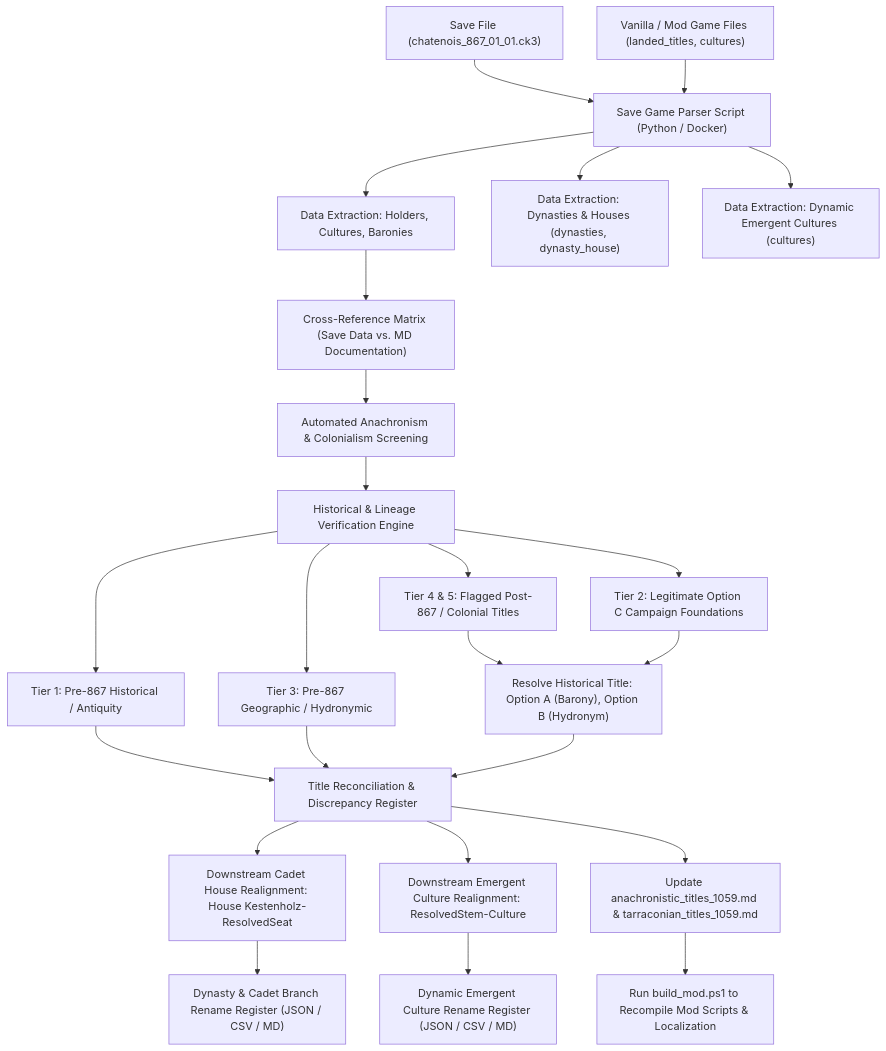
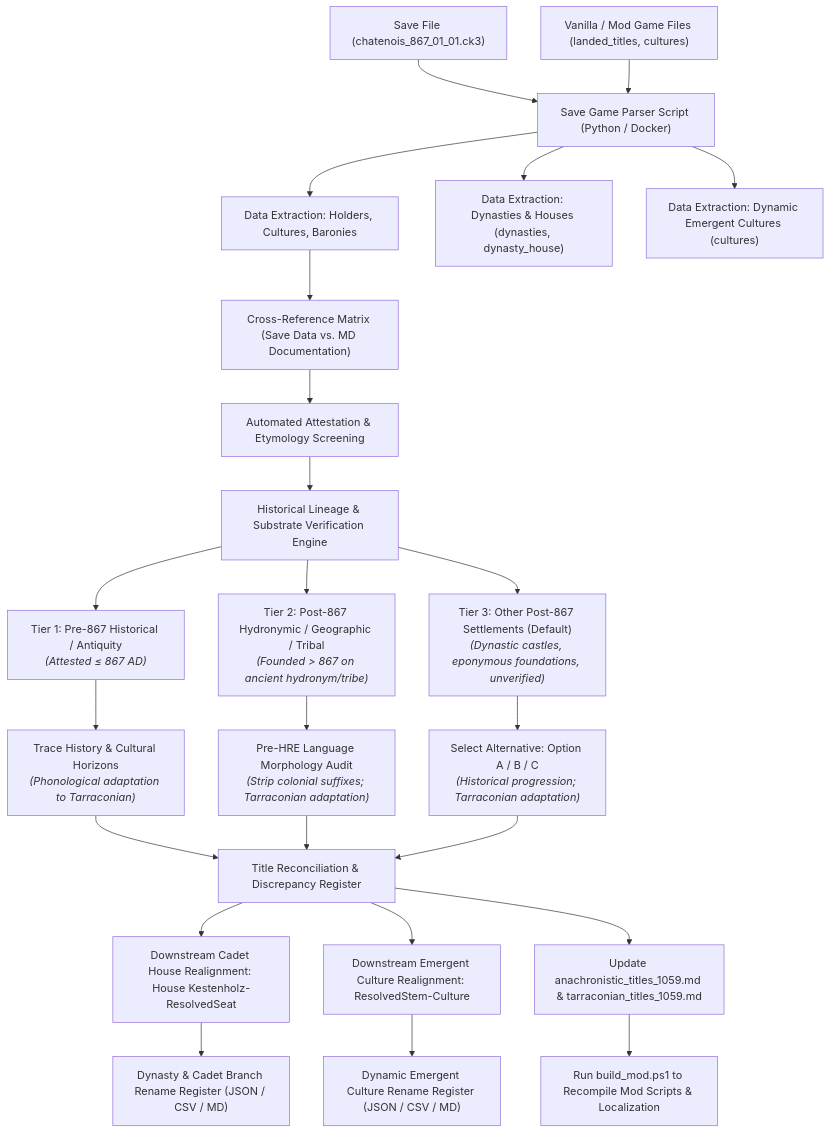
The second of 2 diagrams in title_historical_accuracy_audit_plan.md (skachano/tarraconian_hre), drawn with Mermaid before and after one commit. The commit also changed other lines of this file and 8 other files, not shown here.

````diff
--- a/title_historical_accuracy_audit_plan.md
+++ b/title_historical_accuracy_audit_plan.md
@@ -126,35 +126,35 @@
 ```mermaid
 flowchart TD
     A["Save File (chatenois_867_01_01.ck3)"] --> B["Save Game Parser Script (Python / Docker)"]
     C["Vanilla / Mod Game Files (landed_titles, cultures)"] --> B
     
     B --> D1["Data Extraction: Holders, Cultures, Baronies"]
     B --> D2["Data Extraction: Dynasties & Houses (dynasties, dynasty_house)"]
     B --> D3["Data Extraction: Dynamic Emergent Cultures (cultures)"]
     
     D1 --> E["Cross-Reference Matrix (Save Data vs. MD Documentation)"]
     
-    E --> F["Automated Anachronism & Colonialism Screening"]
-    F --> G["Historical & Lineage Verification Engine"]
+    E --> F["Automated Attestation & Etymology Screening"]
+    F --> G["Historical Lineage & Substrate Verification Engine"]
     
-    G --> H1["Tier 1: Pre-867 Historical / Antiquity"]
-    G --> H2["Tier 3: Pre-867 Geographic / Hydronymic"]
-    G --> H3["Tier 4 & 5: Flagged Post-867 / Colonial Titles"]
-    G --> H4["Tier 2: Legitimate Option C Campaign Foundations"]
+    G --> H1["Tier 1: Pre-867 Historical / Antiquity<br><i>(Attested ≤ 867 AD)</i>"]
+    G --> H2["Tier 2: Post-867 Hydronymic / Geographic / Tribal<br><i>(Founded > 867 on ancient hydronym/tribe)</i>"]
+    G --> H3["Tier 3: Other Post-867 Settlements (Default)<br><i>(Dynastic castles, eponymous foundations, unverified)</i>"]
     
-    H3 --> I["Resolve Historical Title: Option A (Barony), Option B (Hydronym)"]
-    H4 --> I
+    H1 --> I1["Trace History & Cultural Horizons<br><i>(Phonological adaptation to Tarraconian)</i>"]
+    H2 --> I2["Pre-HRE Language Morphology Audit<br><i>(Strip colonial suffixes; Tarraconian adaptation)</i>"]
+    H3 --> I3["Select Alternative: Option A / B / C<br><i>(Historical progression; Tarraconian adaptation)</i>"]
     
-    H1 --> J["Title Reconciliation & Discrepancy Register"]
-    H2 --> J
-    I --> J
+    I1 --> J["Title Reconciliation & Discrepancy Register"]
+    I2 --> J
+    I3 --> J
     
     J --> K1["Downstream Cadet House Realignment: House Kestenholz-ResolvedSeat"]
     J --> K2["Downstream Emergent Culture Realignment: ResolvedStem-Culture"]
     
     K1 --> L1["Dynasty & Cadet Branch Rename Register (JSON / CSV / MD)"]
     K2 --> L2["Dynamic Emergent Culture Rename Register (JSON / CSV / MD)"]
     
     J --> M["Update anachronistic_titles_1059.md & tarraconian_titles_1059.md"]
     M --> N["Run build_mod.ps1 to Recompile Mod Scripts & Localization"]
 ```
````
